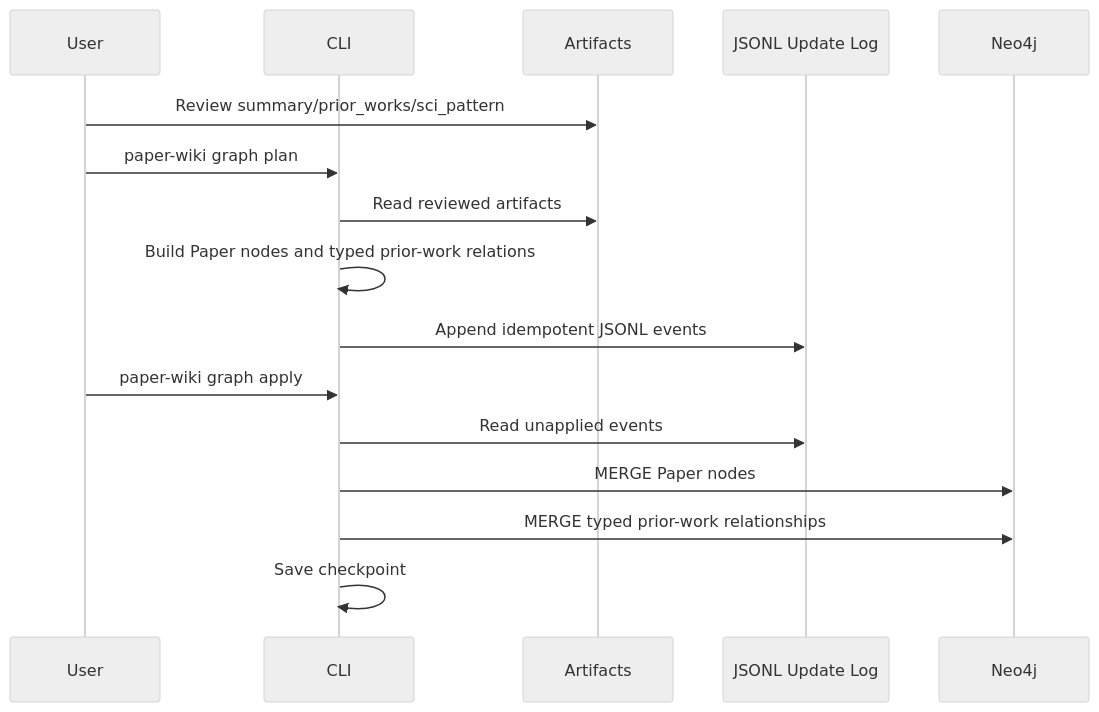
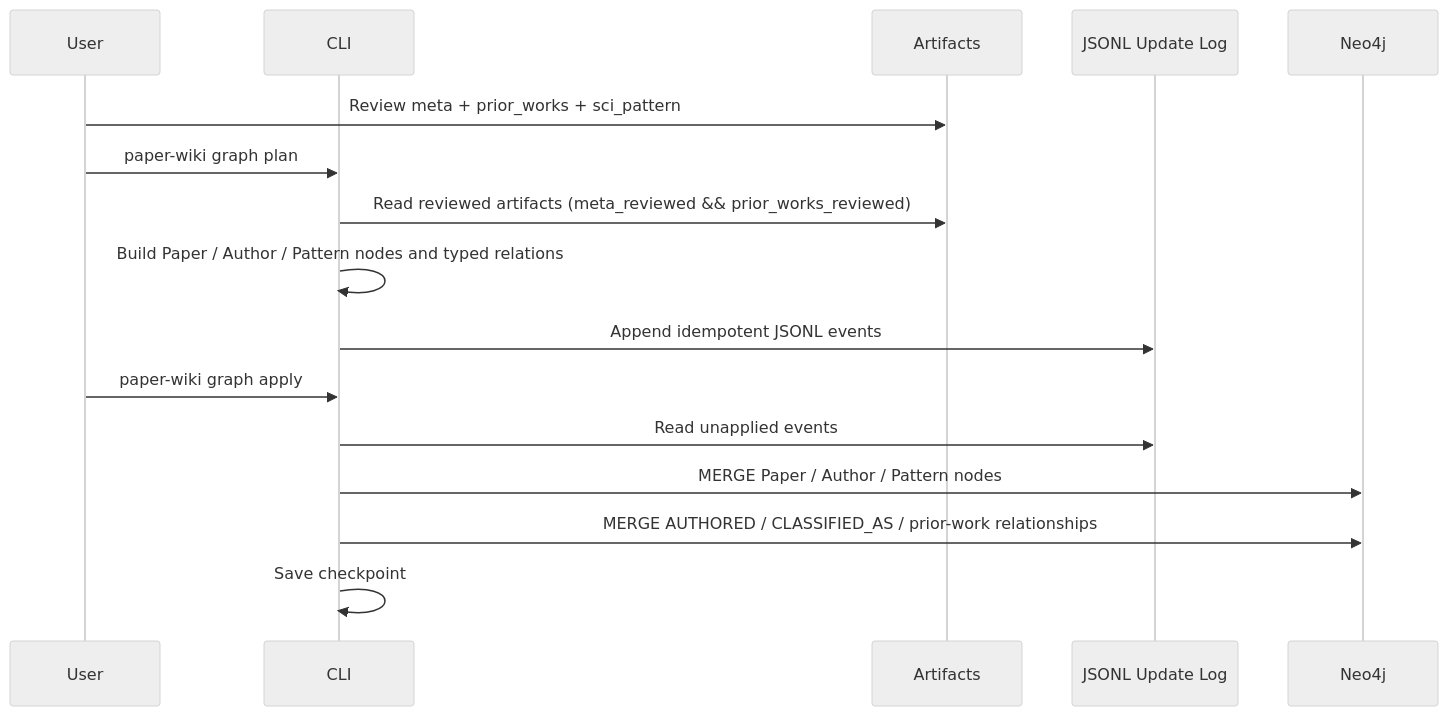
One commit to Szy5/ResearchWorkSpace changed the third of 3 diagrams in docs/Neo4j 科学发现图谱需求与技术方案.md. Above: the diagram before and after it, drawn with Mermaid (neutral theme). The commit also changed other lines of this file and 182 other files, not shown here.

````diff
--- a/docs/Neo4j 科学发现图谱需求与技术方案.md
+++ b/docs/Neo4j 科学发现图谱需求与技术方案.md
@@ -368,19 +289,19 @@
 ```mermaid
 sequenceDiagram
     participant User
     participant CLI
     participant Artifacts
     participant UpdateLog as JSONL Update Log
     participant Neo4j
 
-    User->>Artifacts: Review summary/prior_works/sci_pattern
+    User->>Artifacts: Review meta + prior_works + sci_pattern
     User->>CLI: paper-wiki graph plan
-    CLI->>Artifacts: Read reviewed artifacts
-    CLI->>CLI: Build Paper nodes and typed prior-work relations
+    CLI->>Artifacts: Read reviewed artifacts (meta_reviewed && prior_works_reviewed)
+    CLI->>CLI: Build Paper / Author / Pattern nodes and typed relations
     CLI->>UpdateLog: Append idempotent JSONL events
     User->>CLI: paper-wiki graph apply
     CLI->>UpdateLog: Read unapplied events
-    CLI->>Neo4j: MERGE Paper nodes
-    CLI->>Neo4j: MERGE typed prior-work relationships
+    CLI->>Neo4j: MERGE Paper / Author / Pattern nodes
+    CLI->>Neo4j: MERGE AUTHORED / CLASSIFIED_AS / prior-work relationships
     CLI->>CLI: Save checkpoint
 ```
````
